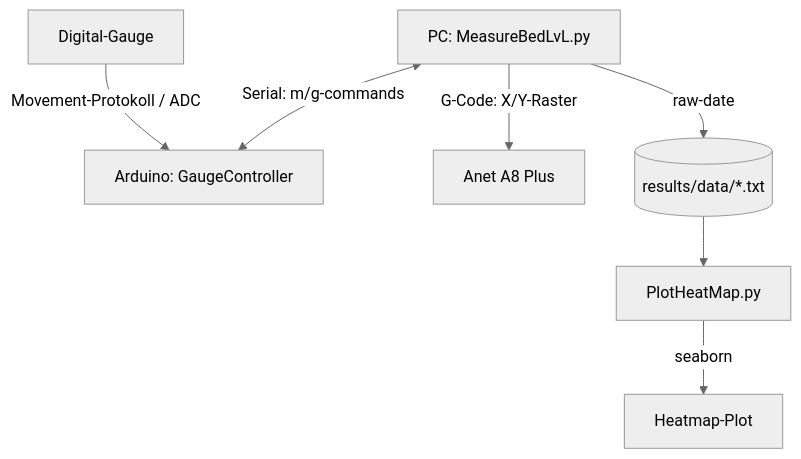
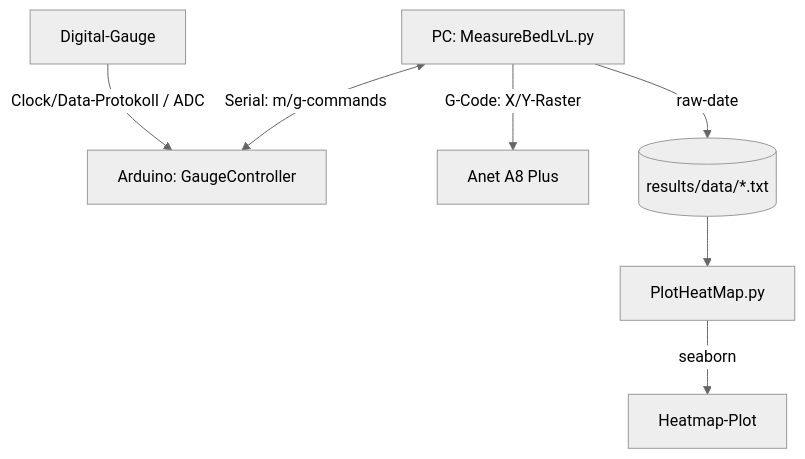
Before and after one commit to sanfour2011/anet-a8-heatbed-automation-analysis: the diagram in README.md, drawn with Mermaid (neutral theme). The commit also changed other lines of this file and 3 other files, not shown here.

````diff
--- a/README.md
+++ b/README.md
@@ -9,19 +9,19 @@
 ```mermaid
 flowchart TD
     %% Komponenten
     Gauge[Digital-Gauge]
     Arduino[Arduino: GaugeController]
     PC[PC: MeasureBedLvL.py]
     Printer[Anet A8 Plus]
     Data[(results/data/*.txt)]
     Plotter[PlotHeatMap.py]
     Heatmap[Heatmap-Plot]
 
     %% Verbindungen
-    Gauge -->|Movement-Protokoll / ADC| Arduino
+    Gauge -->|Clock/Data-Protokoll / ADC| Arduino
     PC <-->|Serial: m/g-commands| Arduino
     PC -->|G-Code: X/Y-Raster| Printer
     PC -->|raw-date| Data
     Data --> Plotter
     Plotter -->|seaborn| Heatmap
 ```
````
